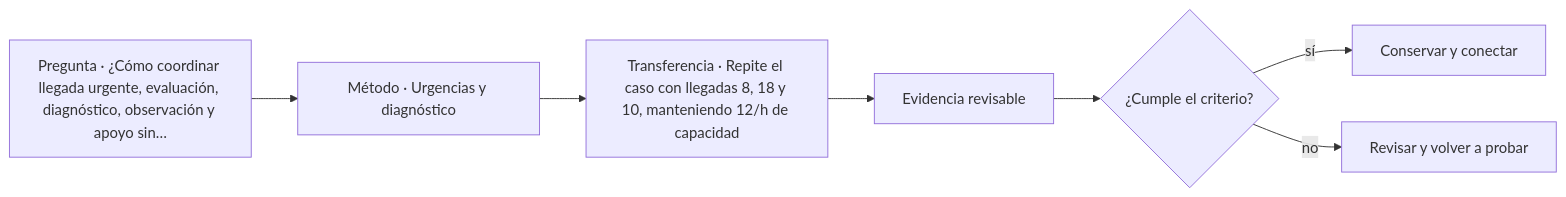
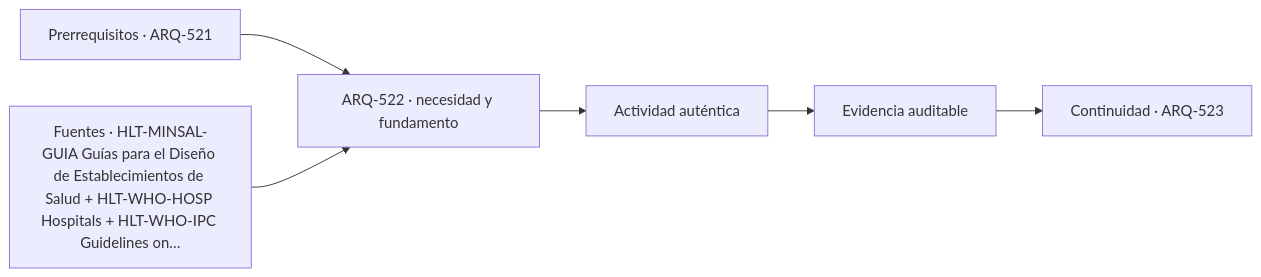
The diagram in classes/parte-53/ARQ-522.md (vladimiracunadev-create/architecture-built-environment-learning-program), drawn with Mermaid before and after one commit. The commit also changed other lines of this file and 761 other files, not shown here.

````diff
--- a/classes/parte-53/ARQ-522.md
+++ b/classes/parte-53/ARQ-522.md
@@ -91,9 +103,8 @@
 ```mermaid
 flowchart LR
-    Q["Pregunta · ¿Cómo coordinar llegada urgente, evaluación, diagnóstico, observación y apoyo sin…"] --> M["Método · Urgencias y diagnóstico"]
-    M --> P["Transferencia · Repite el caso con llegadas 8, 18 y 10, manteniendo 12/h de capacidad"]
-    P --> E["Evidencia revisable"]
-    E --> C{"¿Cumple el criterio?"}
-    C -->|sí| T["Conservar y conectar"]
-    C -->|no| R["Revisar y volver a probar"]
+    A["Prerrequisitos · ARQ-521"] --> B["ARQ-522 · necesidad y fundamento"]
+    S["Fuentes · HLT-MINSAL-GUIA Guías para el Diseño de Establecimientos de Salud + HLT-WHO-HOSP Hospitals + HLT-WHO-IPC Guidelines on…"] --> B
+    B --> C["Actividad auténtica"]
+    C --> D["Evidencia auditable"]
+    D --> E["Continuidad · ARQ-523"]
 ```
````
